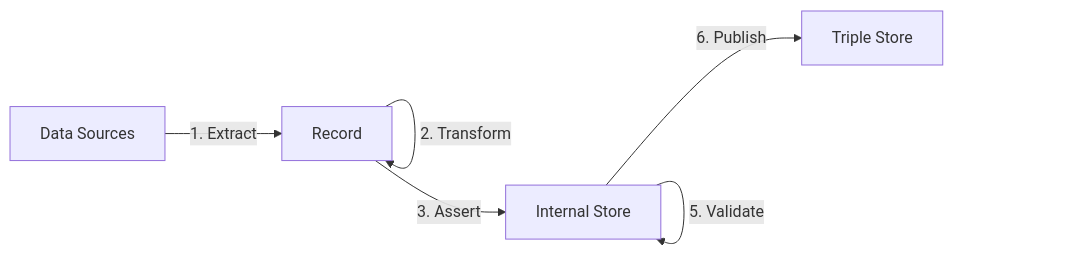
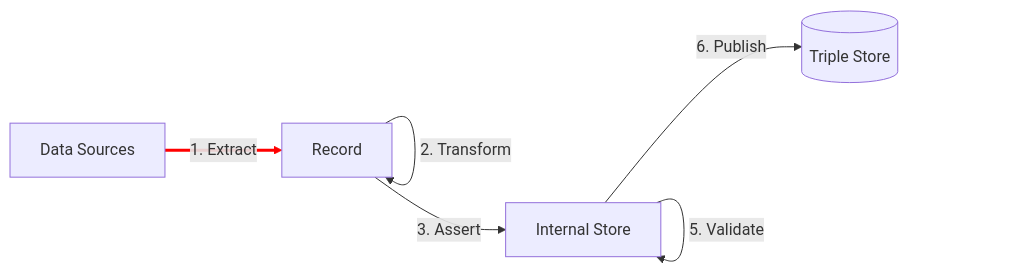
One commit to TriplyDB/Documentation changed the diagram in docs/triply-etl/overview/index.md. Above: the diagram before and after it, drawn with Mermaid. The commit also changed other lines of this file and 10 other files, not shown here.

````diff
--- a/docs/triply-etl/overview/index.md
+++ b/docs/triply-etl/overview/index.md
@@ -13,14 +13,15 @@
 ```mermaid
 graph LR
   source -- 1. Extract --> record
   record -- 2. Transform --> record
   record -- 3. Assert --> ld
   ld -- 4. Enrich --> ld
   ld -- 5. Validate --> ld
   ld -- 6. Publish --> tdb
 
+  linkStyle 0 stroke:red,stroke-width:3px;
   ld[Internal Store]
   record[Record]
   source[Data Sources]
-  tdb[Triple Store]
+  tdb[(Triple Store)]
 ```
````
